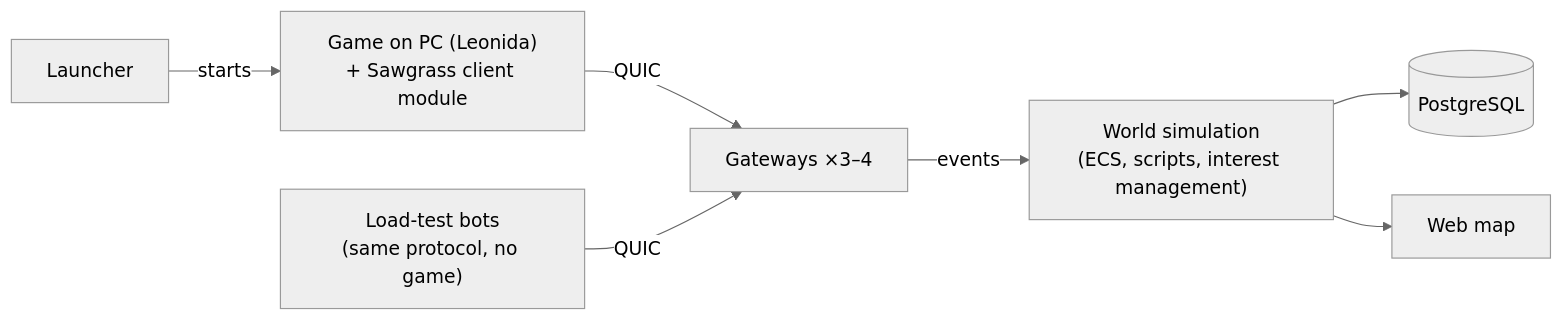
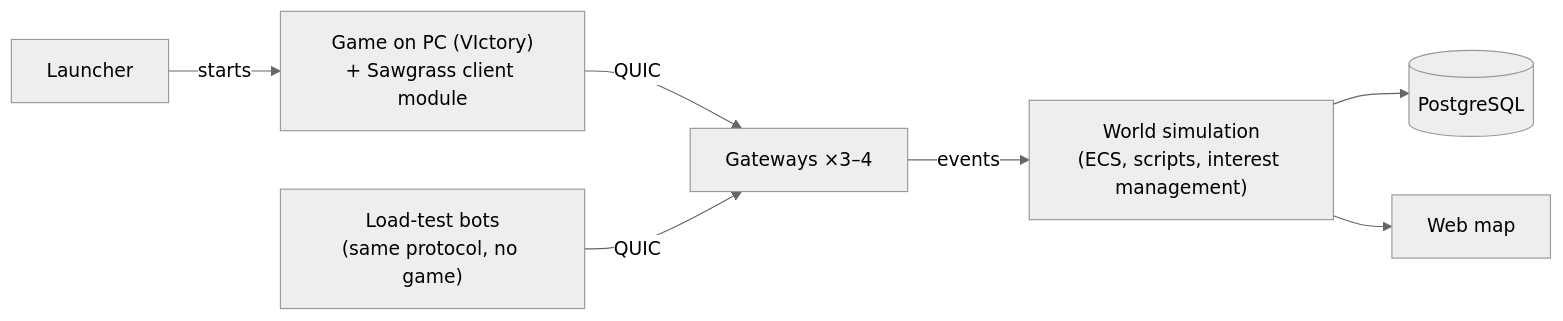
One commit to sawgrass-mp/sawgrass changed the diagram in README.md. Above: the diagram before and after it, drawn with Mermaid (neutral theme). The commit also changed other lines of this file and 8 other files, not shown here.

First line of the commit message:
DOC-5: Target VIctory as the client runtime

````diff
--- a/README.md
+++ b/README.md
@@ -87,9 +100,9 @@
 ```mermaid
 flowchart LR
-    L[Launcher] -->|starts| G["Game on PC (Leonida)<br>+ Sawgrass client module"]
+    L[Launcher] -->|starts| G["Game on PC (VIctory)<br>+ Sawgrass client module"]
     G -->|QUIC| GW["Gateways ×3–4"]
     B["Load-test bots<br>(same protocol, no game)"] -->|QUIC| GW
     GW -->|events| W["World simulation<br>(ECS, scripts, interest management)"]
     W --> DB[(PostgreSQL)]
     W --> M[Web map]
 ```
````
